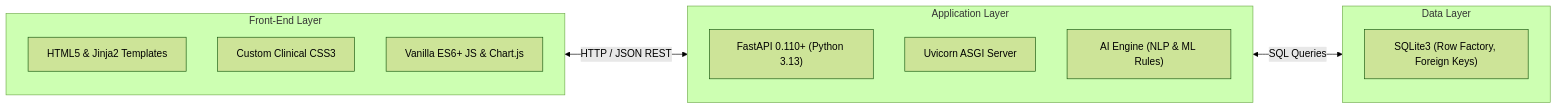
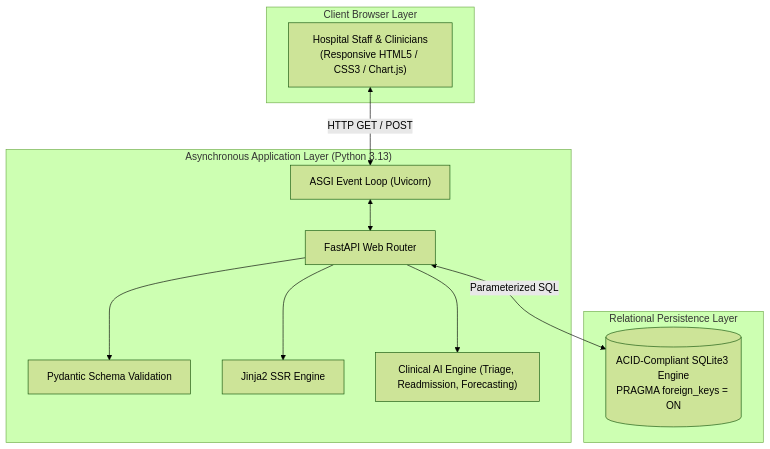
The second of 3 diagrams in PROJECT_REPORT.md (debugging277/Smart-hospital-managment-system), drawn with Mermaid (forest theme) before and after one commit. The commit also changed other lines of this file and 1 other file, not shown here.

````diff
--- a/PROJECT_REPORT.md
+++ b/PROJECT_REPORT.md
@@ -313,18 +595,25 @@
 ```mermaid
-graph LR
-    subgraph Frontend["Front-End Layer"]
-        HTML5["HTML5 & Jinja2 Templates"]
-        CSS3["Custom Clinical CSS3"]
-        JS["Vanilla ES6+ JS & Chart.js"]
+graph TB
+    subgraph Client["Client Browser Layer"]
+        UI["Hospital Staff & Clinicians<br>(Responsive HTML5 / CSS3 / Chart.js)"]
     end
-    subgraph Backend["Application Layer"]
-        FastAPI["FastAPI 0.110+ (Python 3.13)"]
-        Uvicorn["Uvicorn ASGI Server"]
-        AI["AI Engine (NLP & ML Rules)"]
+
+    subgraph Server["Asynchronous Application Layer (Python 3.13)"]
+        ASGI["ASGI Event Loop (Uvicorn)"]
+        FastAPI["FastAPI Web Router"]
+        Pydantic["Pydantic Schema Validation"]
+        Jinja["Jinja2 SSR Engine"]
+        AI["Clinical AI Engine (Triage, Readmission, Forecasting)"]
     end
-    subgraph Storage["Data Layer"]
-        SQLite["SQLite3 (Row Factory, Foreign Keys)"]
+
+    subgraph Database["Relational Persistence Layer"]
+        SQLite[("ACID-Compliant SQLite3 Engine<br>PRAGMA foreign_keys = ON")]
     end
-    Frontend <-->|HTTP / JSON REST| Backend
-    Backend <-->|SQL Queries| Storage
+
+    UI <-->|HTTP GET / POST| ASGI
+    ASGI <--> FastAPI
+    FastAPI --> Pydantic
+    FastAPI --> Jinja
+    FastAPI --> AI
+    FastAPI <-->|Parameterized SQL| SQLite
 ```
````
